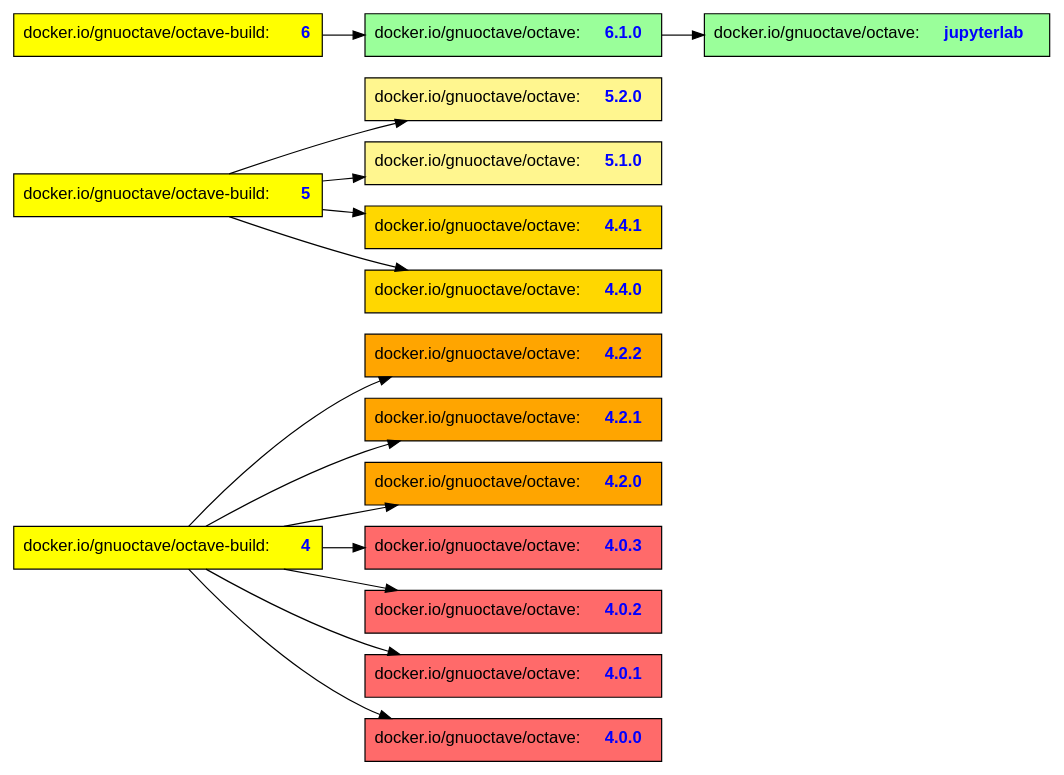
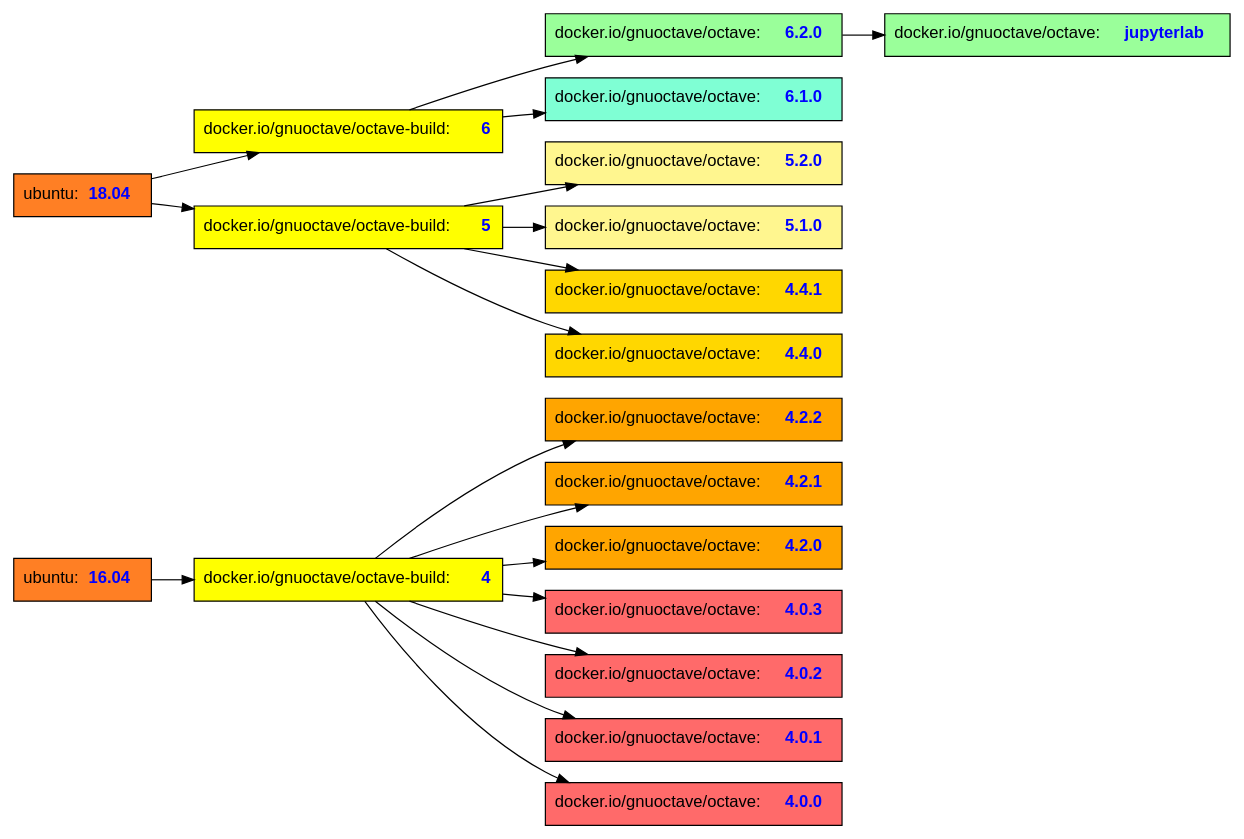
The diagram in doc/docker_image_hierachy.dot (gnu-octave/docker), drawn with Graphviz before and after one commit. The commit also changed 3 other files, not shown here.

```diff
--- a/doc/docker_image_hierachy.dot
+++ b/doc/docker_image_hierachy.dot
@@ -1,37 +1,54 @@
 digraph hierarchy {
   rankdir="LR";
-  node [shape=box style=filled fillcolor=yellow fontname="helvetica"];
-  b4 [label=<docker.io/gnuoctave/octave-build:<B><FONT color='blue'>4</FONT></B>>];
-  b5 [label=<docker.io/gnuoctave/octave-build:<B><FONT color='blue'>5</FONT></B>>];
-  b6 [label=<docker.io/gnuoctave/octave-build:<B><FONT color='blue'>6</FONT></B>>];
+  node [shape=box style=filled fontname="helvetica"];
+  node [fillcolor=chocolate1];
+  { rank = same;
+    ubuntu1604 [label=<ubuntu:<B><FONT color='blue'>16.04</FONT></B>>];
+    ubuntu1804 [label=<ubuntu:<B><FONT color='blue'>18.04</FONT></B>>];
+  }
+  node [fillcolor=yellow];
+  { rank = same;
+    b4 [label=<docker.io/gnuoctave/octave-build:<B><FONT color='blue'>4</FONT></B>>];
+    b5 [label=<docker.io/gnuoctave/octave-build:<B><FONT color='blue'>5</FONT></B>>];
+    b6 [label=<docker.io/gnuoctave/octave-build:<B><FONT color='blue'>6</FONT></B>>];
+  }
   node [fillcolor=palegreen1];
   jupyterlab [label=<docker.io/gnuoctave/octave:<B><FONT color='blue'>jupyterlab</FONT></B>>];
+  { rank = same;
+  v620 [label=<docker.io/gnuoctave/octave:<B><FONT color='blue'>6.2.0</FONT></B>>];
+  node [fillcolor=aquamarine];
   v610 [label=<docker.io/gnuoctave/octave:<B><FONT color='blue'>6.1.0</FONT></B>>];
   node [fillcolor=khaki1];
   v520 [label=<docker.io/gnuoctave/octave:<B><FONT color='blue'>5.2.0</FONT></B>>];
   v510 [label=<docker.io/gnuoctave/octave:<B><FONT color='blue'>5.1.0</FONT></B>>];
   node [fillcolor=gold];
   v441 [label=<docker.io/gnuoctave/octave:<B><FONT color='blue'>4.4.1</FONT></B>>];
   v440 [label=<docker.io/gnuoctave/octave:<B><FONT color='blue'>4.4.0</FONT></B>>];
   node [fillcolor=orange];
   v422 [label=<docker.io/gnuoctave/octave:<B><FONT color='blue'>4.2.2</FONT></B>>];
   v421 [label=<docker.io/gnuoctave/octave:<B><FONT color='blue'>4.2.1</FONT></B>>];
   v420 [label=<docker.io/gnuoctave/octave:<B><FONT color='blue'>4.2.0</FONT></B>>];
   node [fillcolor=indianred1];
   v403 [label=<docker.io/gnuoctave/octave:<B><FONT color='blue'>4.0.3</FONT></B>>];
   v402 [label=<docker.io/gnuoctave/octave:<B><FONT color='blue'>4.0.2</FONT></B>>];
   v401 [label=<docker.io/gnuoctave/octave:<B><FONT color='blue'>4.0.1</FONT></B>>];
   v400 [label=<docker.io/gnuoctave/octave:<B><FONT color='blue'>4.0.0</FONT></B>>];
-  b4 -> v422
-  b4 -> v421
-  b4 -> v420
-  b4 -> v403
-  b4 -> v402
-  b4 -> v401
-  b4 -> v400
-  b5 -> v520
-  b5 -> v510
-  b5 -> v441
-  b5 -> v440
-  b6 -> v610 -> jupyterlab
+  }
+  ubuntu1804 -> b6 -> v620  -> jupyterlab
+                b6 -> v610
+  ubuntu1804 -> b5 -> v520
+                b5 -> v510
+                b5 -> v441
+                b5 -> v440
+  ubuntu1604 -> b4 -> v422
+                b4 -> v421
+                b4 -> v420
+                b4 -> v403
+                b4 -> v402
+                b4 -> v401
+                b4 -> v400
+  // ensure order
+  b6 -> b5 -> b4 [style=invis]
+  v620 -> v610 -> v520 -> v510 -> v441 -> v440 -> v422 -> v421 -> v420
+       -> v403 -> v402 -> v401 -> v400 [style=invis]
 }
```
